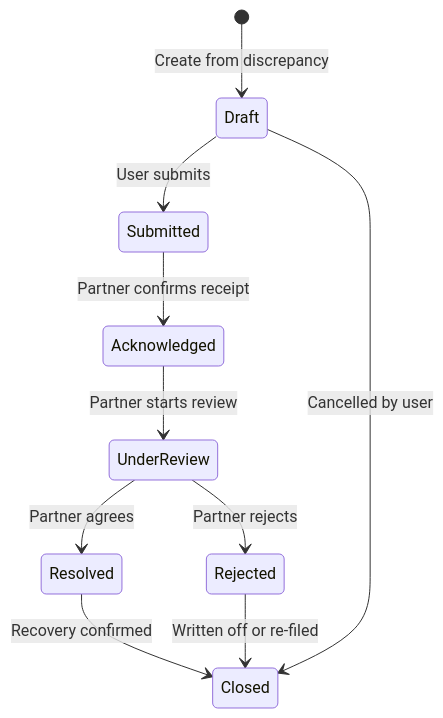
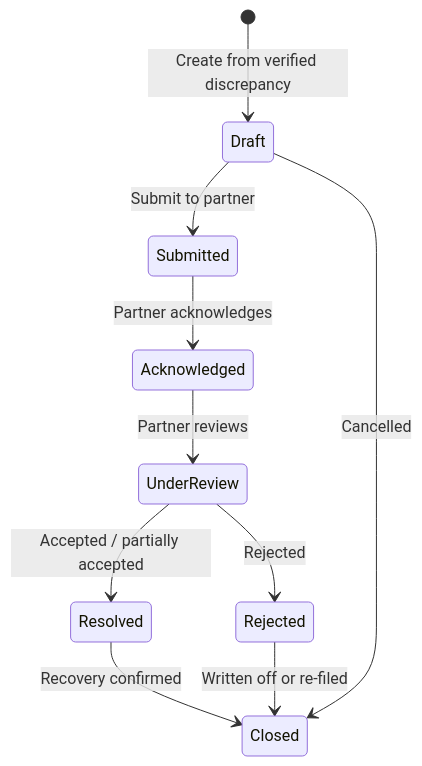
Before and after one commit to Rajdeep-017/reconiq: the eighth of 9 diagrams in docs/data_flow.md, drawn with Mermaid. The commit also changed other lines of this file and 4 other files, not shown here.

````diff
--- a/docs/data_flow.md
+++ b/docs/data_flow.md
@@ -223,12 +314,12 @@
 ```mermaid
 stateDiagram-v2
-    [*] --> Draft : Create from discrepancy
-    Draft --> Submitted : User submits
-    Submitted --> Acknowledged : Partner confirms receipt
-    Acknowledged --> UnderReview : Partner starts review
-    UnderReview --> Resolved : Partner agrees
-    UnderReview --> Rejected : Partner rejects
-    Resolved --> Closed : Recovery confirmed
-    Rejected --> Closed : Written off or re-filed
-    Draft --> Closed : Cancelled by user
+    [*] --> Draft: Create from verified discrepancy
+    Draft --> Submitted: Submit to partner
+    Submitted --> Acknowledged: Partner acknowledges
+    Acknowledged --> UnderReview: Partner reviews
+    UnderReview --> Resolved: Accepted / partially accepted
+    UnderReview --> Rejected: Rejected
+    Resolved --> Closed: Recovery confirmed
+    Rejected --> Closed: Written off or re-filed
+    Draft --> Closed: Cancelled
 ```
````
